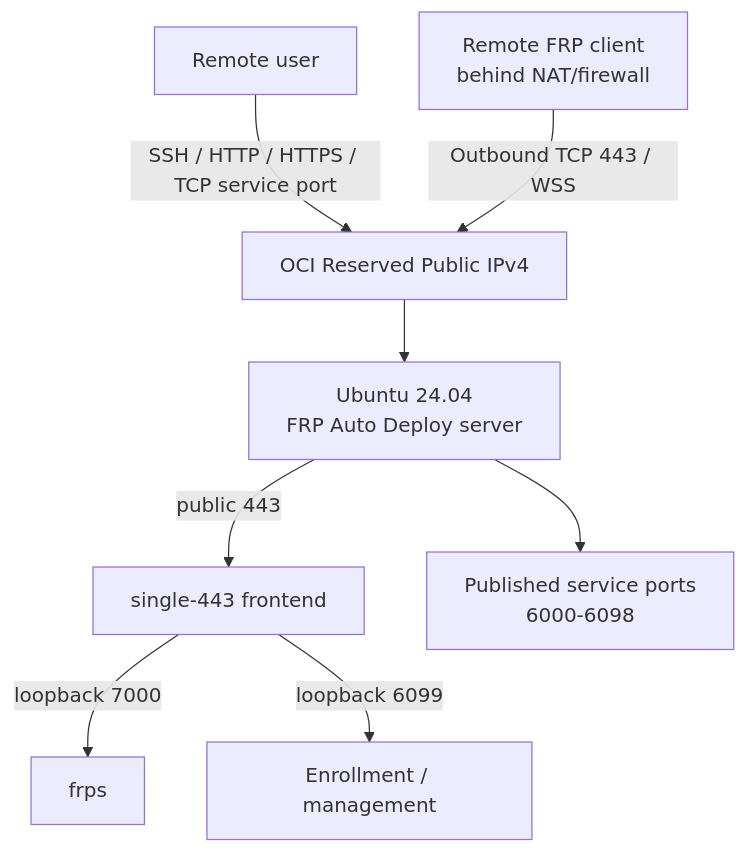
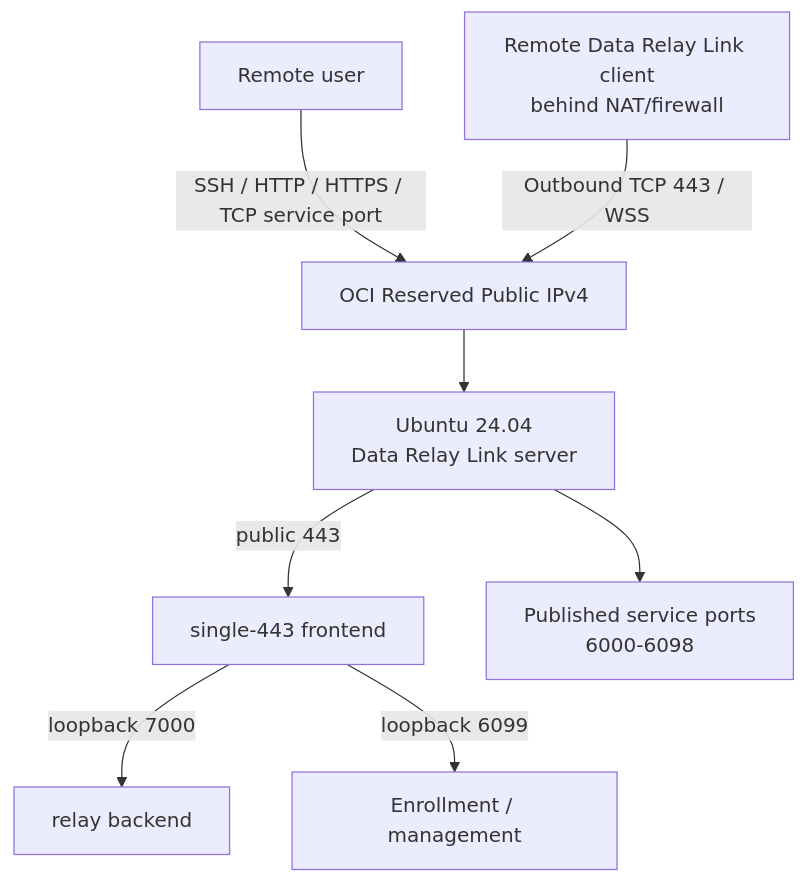
Before and after one commit to datarelay-labs/data-relay-link-docs: the diagram in getting-started/oci-free-tier-server.mdx, drawn with Mermaid. The commit also changed other lines of this file and 36 other files, not shown here.

````diff
--- a/getting-started/oci-free-tier-server.mdx
+++ b/getting-started/oci-free-tier-server.mdx
@@ -27,10 +27,10 @@
 ```mermaid
 flowchart TD
     U[Remote user] -->|SSH / HTTP / HTTPS / TCP service port| PUB[OCI Reserved Public IPv4]
-    C[Remote FRP client\nbehind NAT/firewall] -->|Outbound TCP 443 / WSS| PUB
-    PUB --> VM[Ubuntu 24.04\nFRP Auto Deploy server]
+    C[Remote Data Relay Link client\nbehind NAT/firewall] -->|Outbound TCP 443 / WSS| PUB
+    PUB --> VM[Ubuntu 24.04\nData Relay Link server]
     VM -->|public 443| FE[single-443 frontend]
-    FE -->|loopback 7000| FRPS[frps]
+    FE -->|loopback 7000| RS[relay backend]
     FE -->|loopback 6099| ENR[Enrollment / management]
     VM --> PORTS[Published service ports\n6000-6098]
 ```
````
